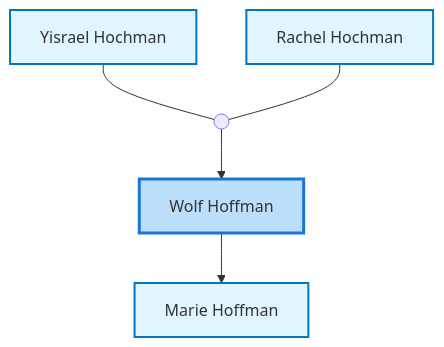
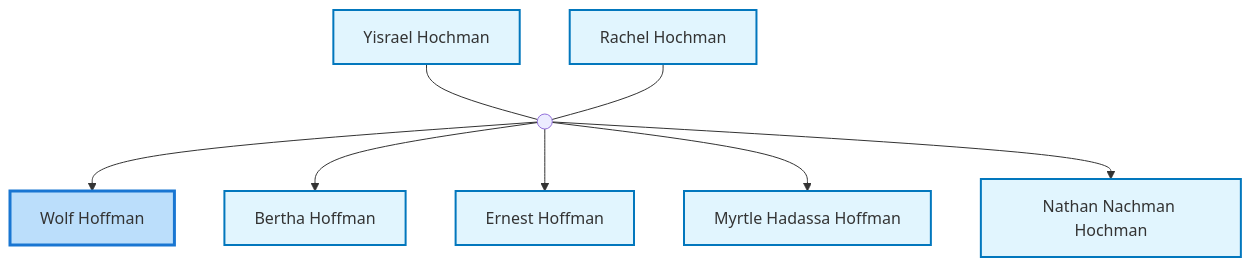
The first of 3 diagrams in site/content/profiles/Wolf Hoffman.md (moshehoff/FamilyHistory), drawn with Mermaid before and after one commit. The commit also changed 244 other files, not shown here.

Commit message:
Change Nuclear Family diagram to show parents and siblings, update site title to 'Hoffman Family History', revert diagram zoom to simple scaling

````diff
--- a/site/content/profiles/Wolf Hoffman.md
+++ b/site/content/profiles/Wolf Hoffman.md
@@ -22,23 +22,35 @@
 ```mermaid
 flowchart TD
 classDef person fill:#e1f5fe,stroke:#0277bd,stroke-width:2px;
 classDef internal-link fill:#e1f5fe,stroke:#0277bd,stroke-width:2px;
 classDef current fill:#bbdefb,stroke:#1976d2,stroke-width:3px;
 idI6458385293["Wolf Hoffman"]
 class idI6458385293 current
 click idI6458385293 "../profiles/Wolf-Hoffman" "Wolf Hoffman"
 idI39114550["Yisrael Hochman"]
 class idI39114550 internal-link
 click idI39114550 "../profiles/Yisrael-Hochman" "Yisrael Hochman"
 idI100527944["Rachel Hochman"]
 class idI100527944 internal-link
 click idI100527944 "../profiles/Rachel-Hochman" "Rachel Hochman"
 marriage_idF32834997((" "))
 idI39114550 --- marriage_idF32834997
 idI100527944 --- marriage_idF32834997
 marriage_idF32834997 --> idI6458385293
-idI34708906824["Marie Hoffman"]
-class idI34708906824 internal-link
-click idI34708906824 "../profiles/Marie-Hoffman" "Marie Hoffman"
-idI6458385293 --> idI34708906824
+idI6457782293["Bertha Hoffman"]
+class idI6457782293 internal-link
+click idI6457782293 "../profiles/Bertha-Hoffman" "Bertha Hoffman"
+marriage_idF32834997 --> idI6457782293
+idI6457935293["Ernest Hoffman"]
+class idI6457935293 internal-link
+click idI6457935293 "../profiles/Ernest-Hoffman" "Ernest Hoffman"
+marriage_idF32834997 --> idI6457935293
+idI6458115293["Myrtle Hadassa Hoffman"]
+class idI6458115293 internal-link
+click idI6458115293 "../profiles/Myrtle-Hadassa-Hoffman" "Myrtle Hadassa Hoffman"
+marriage_idF32834997 --> idI6458115293
+idI6458664293["Nathan Nachman Hochman"]
+class idI6458664293 internal-link
+click idI6458664293 "../profiles/Nathan-Nachman-Hochman" "Nathan Nachman Hochman"
+marriage_idF32834997 --> idI6458664293
 ```
````
